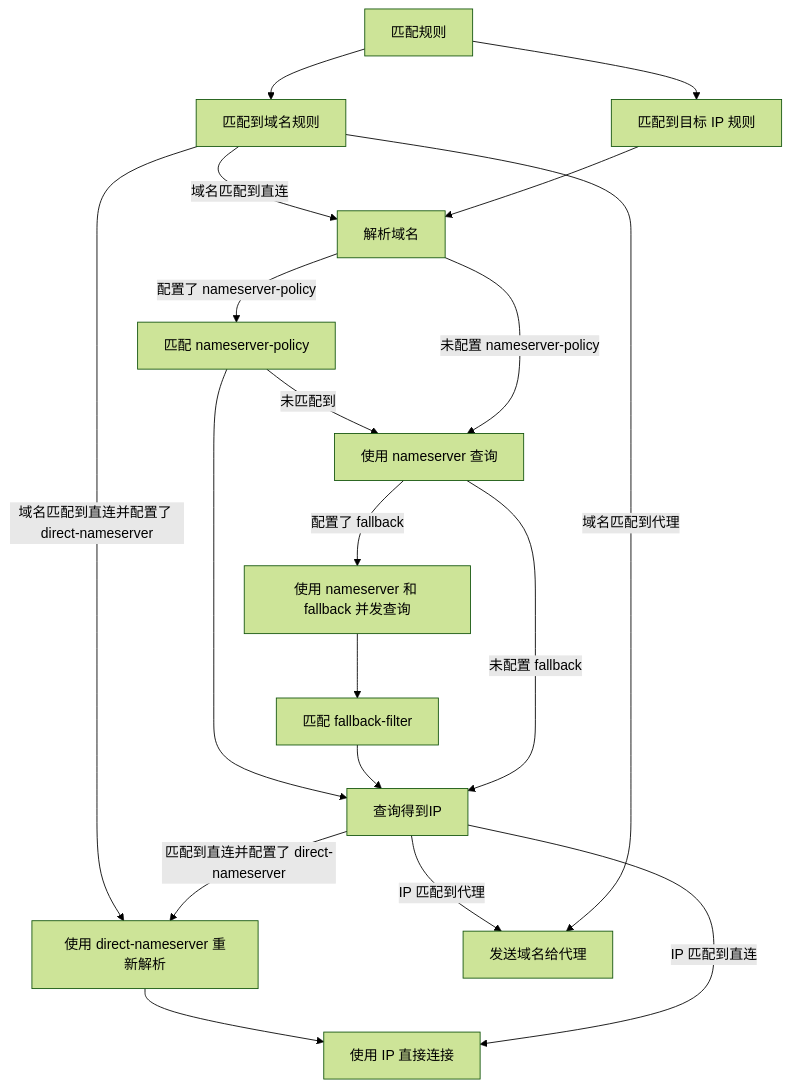
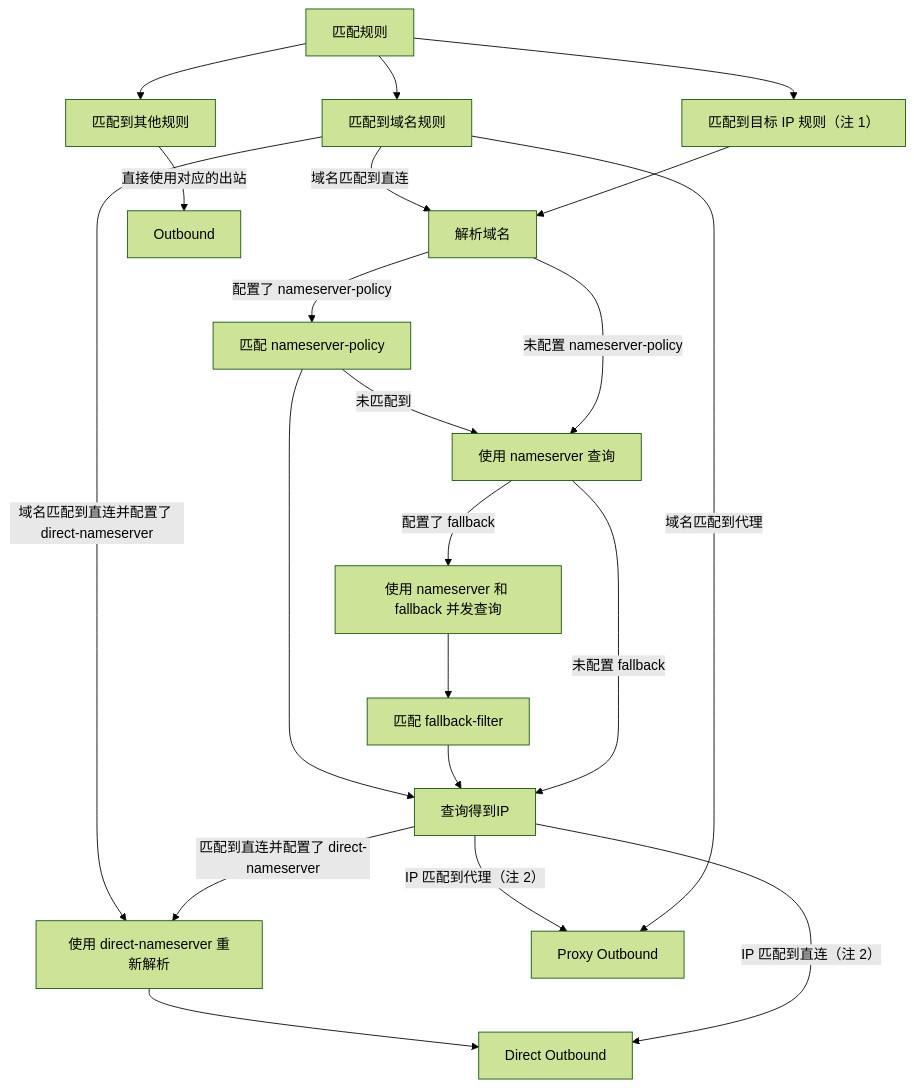
One commit to skrik2/skrik2.github.io changed the first of 2 diagrams in 2026/07/1-mihomo-mental-model.md. Above: the diagram before and after it, drawn with Mermaid (forest theme). The commit also changed other lines of this file, not shown here.

````diff
--- a/2026/07/1-mihomo-mental-model.md
+++ b/2026/07/1-mihomo-mental-model.md
@@ -5,44 +24,49 @@
 ```mermaid
 flowchart TD
   Rule[匹配规则]
   Domain[匹配到域名规则]
-  IP[匹配到目标 IP 规则]
+  IP[匹配到目标 IP 规则（注 1）]
+  MatchOtherRule[匹配到其他规则]
   Resolve[解析域名]
 
   NameServer[使用 nameserver 查询]
   Policy[匹配 nameserver-policy]
   Concurrent[使用 nameserver 和 fallback 并发查询]
   Filter[匹配 fallback-filter]
   DirectNS[使用 direct-nameserver 重新解析]
 
   GetIP[查询得到IP]
 
-  Proxy[发送域名给代理]
-  Direct[使用 IP 直接连接]
+  Proxy[Proxy Outbound]
+  Direct[Direct Outbound]
+  Outbound[Outbound]
 
   Rule -->  Domain
   Rule --> IP
+  Rule --> MatchOtherRule
 
   Domain -- 域名匹配到直连 --> Resolve
   Domain -- 域名匹配到直连并配置了 direct-nameserver --> DirectNS
 
   IP --> Resolve
+
+  MatchOtherRule -- 直接使用对应的出站 --> Outbound
 
   Resolve -- 配置了 nameserver-policy --> Policy
   Policy -- 未匹配到 --> NameServer
   Policy --> GetIP
   Resolve -- 未配置 nameserver-policy --> NameServer
 
   NameServer -- 配置了 fallback --> Concurrent
   Concurrent --> Filter
   Filter --> GetIP
   NameServer -- 未配置 fallback --> GetIP
 
   GetIP -- 匹配到直连并配置了 direct-nameserver --> DirectNS
   DirectNS --> Direct
 
-  GetIP -- IP 匹配到代理 --> Proxy[发送域名给代理]
+  GetIP -- IP 匹配到代理（注 2） --> Proxy
   Domain -- 域名匹配到代理 --> Proxy
 
-  GetIP -- IP 匹配到直连 --> Direct
+  GetIP -- IP 匹配到直连（注 2）--> Direct
 ```
````
